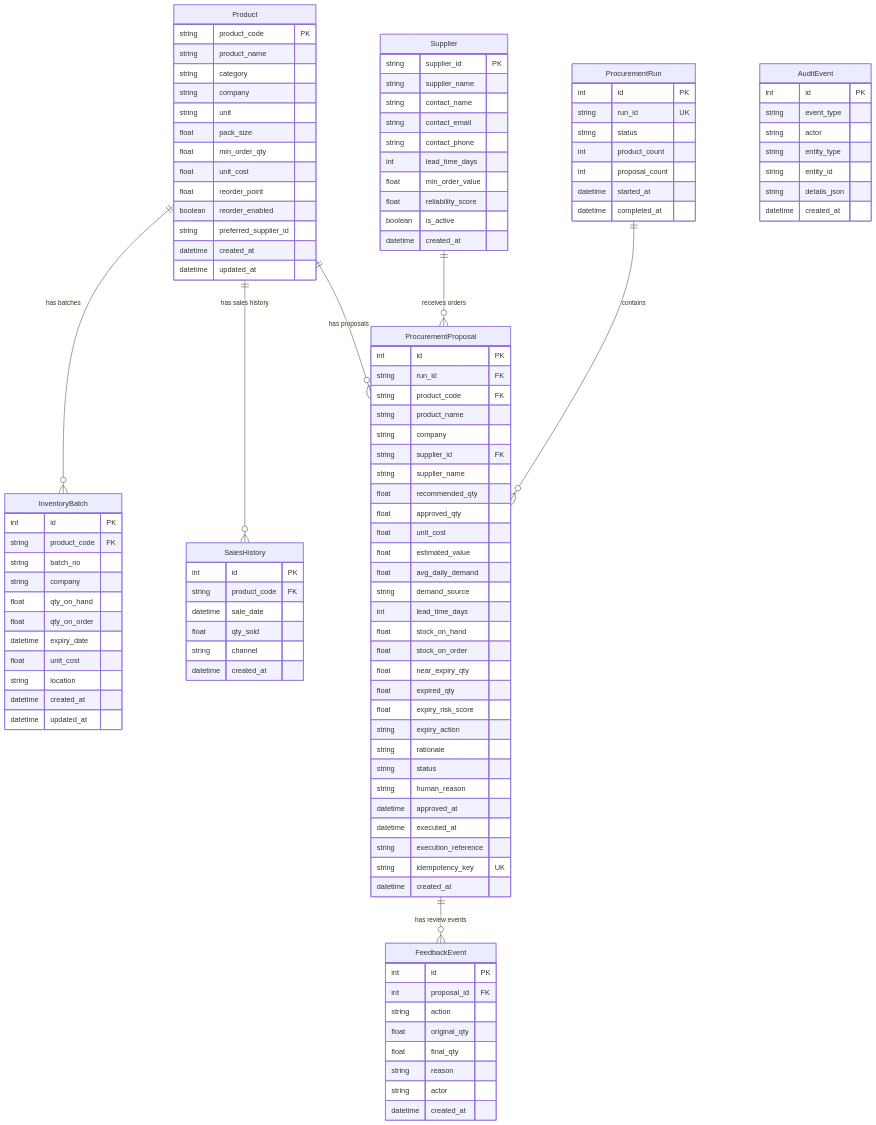
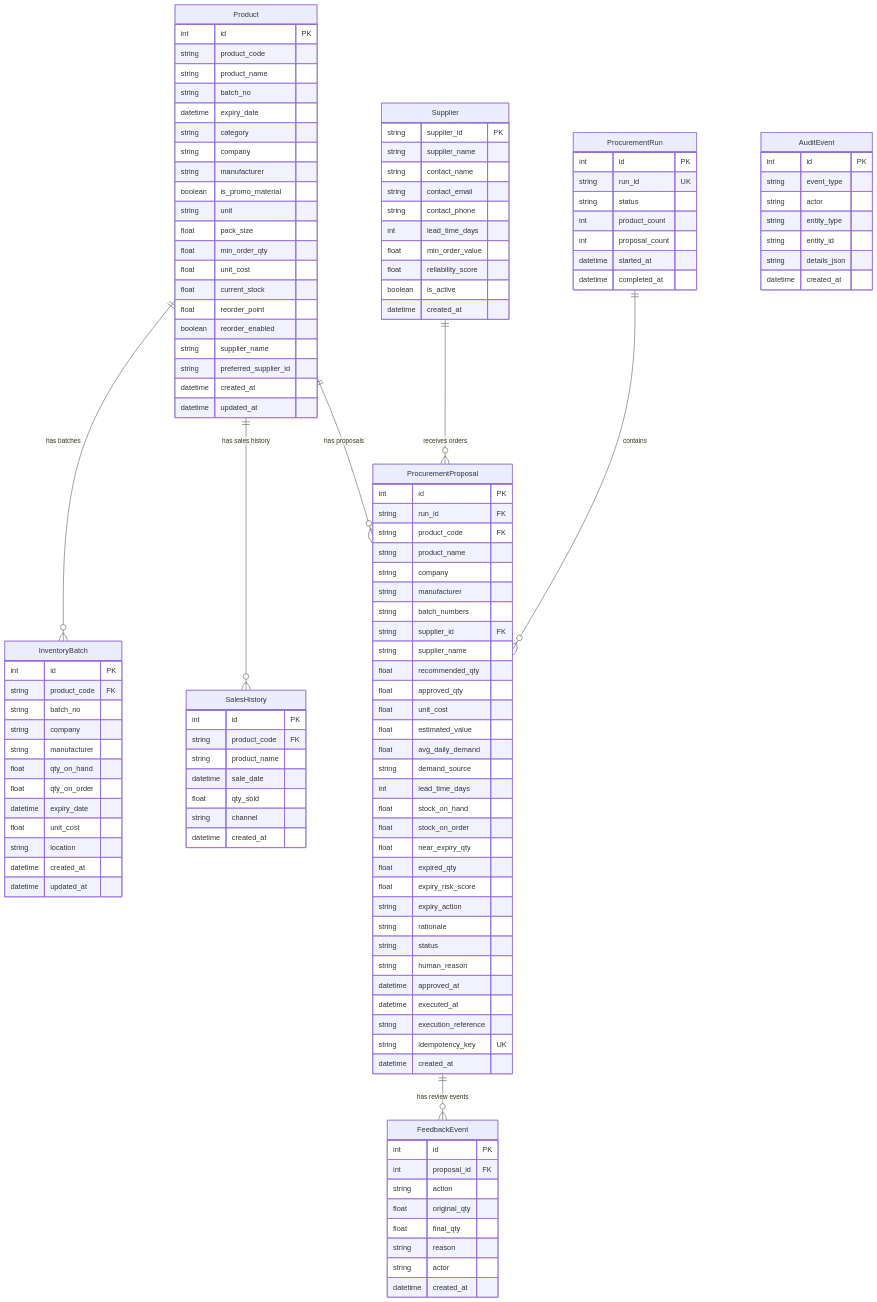
Before and after one commit to debnathch/procurement_agent: the second of 7 diagrams in LLD.md, drawn with Mermaid. The commit also changed other lines of this file and 20 other files, not shown here.

Commit message:
feat: isolate healthy covered products from inventory tab, add Windows isolated runner, and sync architecture docs

```diff
--- a/LLD.md
+++ b/LLD.md
@@ -122,16 +131,23 @@
     ProcurementRun ||--o{ ProcurementProposal : "contains"
 
     Product {
-        string product_code PK
+        int id PK
+        string product_code
         string product_name
+        string batch_no
+        datetime expiry_date
         string category
         string company
+        string manufacturer
+        boolean is_promo_material
         string unit
         float pack_size
         float min_order_qty
         float unit_cost
+        float current_stock
         float reorder_point
         boolean reorder_enabled
+        string supplier_name
         string preferred_supplier_id
         datetime created_at
         datetime updated_at
@@ -155,6 +171,7 @@
         string product_code FK
         string batch_no
         string company
+        string manufacturer
         float qty_on_hand
         float qty_on_order
         datetime expiry_date
@@ -167,6 +184,7 @@
     SalesHistory {
         int id PK
         string product_code FK
+        string product_name
         datetime sale_date
         float qty_sold
         string channel
@@ -189,6 +207,8 @@
         string product_code FK
         string product_name
         string company
+        string manufacturer
+        string batch_numbers
         string supplier_id FK
         string supplier_name
         float recommended_qty
```
